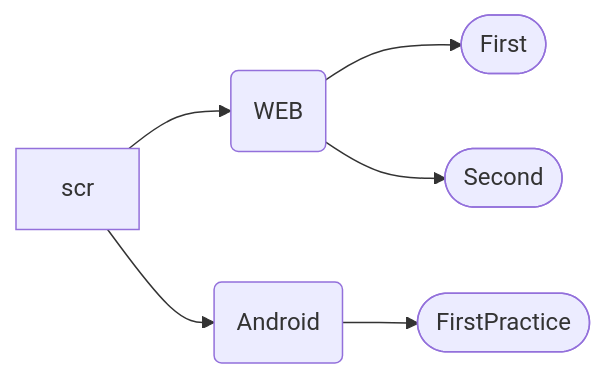
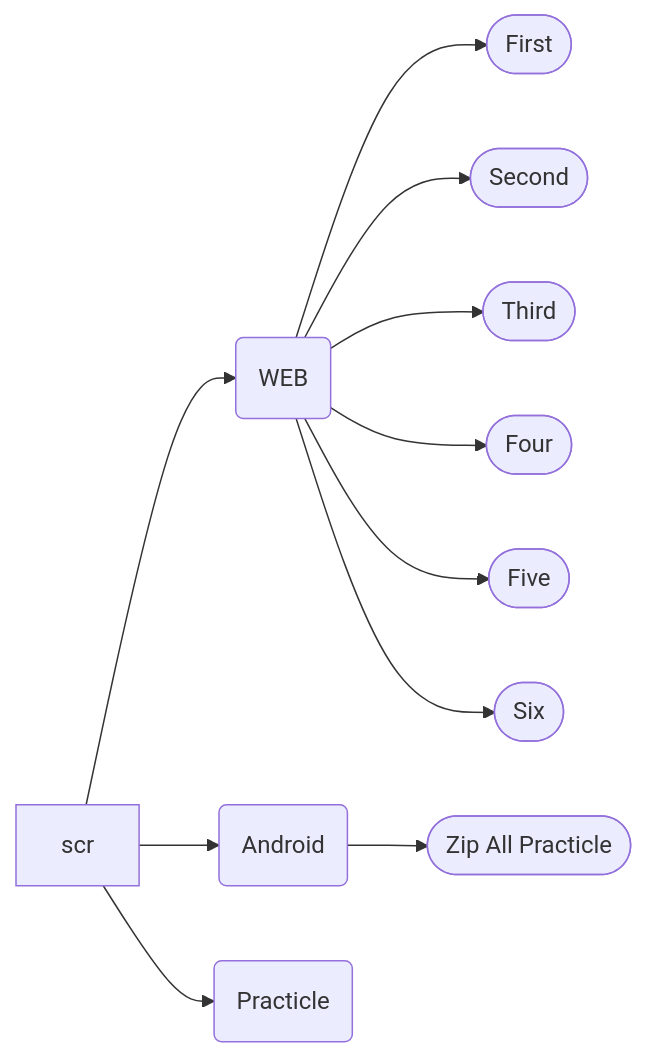
One commit to all-creator/FU changed the diagram in README.md. Above: the diagram before and after it, drawn with Mermaid. The commit also changed other lines of this file and 170 other files, not shown here.

````diff
--- a/README.md
+++ b/README.md
@@ -26,9 +28,14 @@
 ```mermaid
 
 flowchart LR;
     A[scr] --> BW(WEB)
     A[scr] --> BA(Android)
-    BA --> CA([FirstPractice])
+    A[scr] --> BP(Practicle)
+    BA --> CA([Zip All Practicle])
     BW --> CW([First])
     BW --> DW([Second])
+    BW --> EW([Third])
+    BW --> HW([Four])
+    BW --> FW([Five])
+    BW --> GW([Six])
 ```
````
